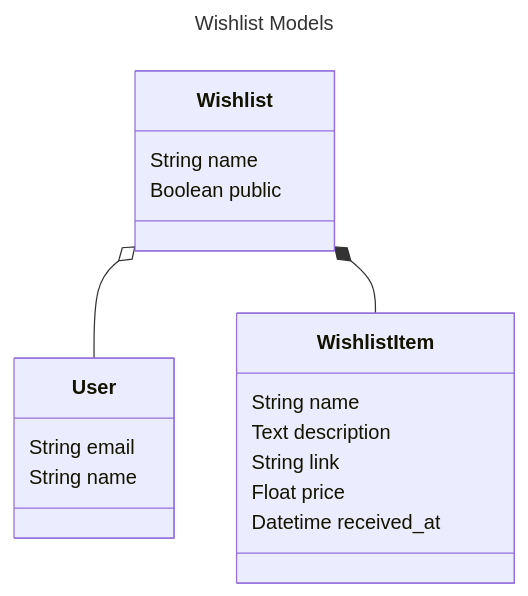
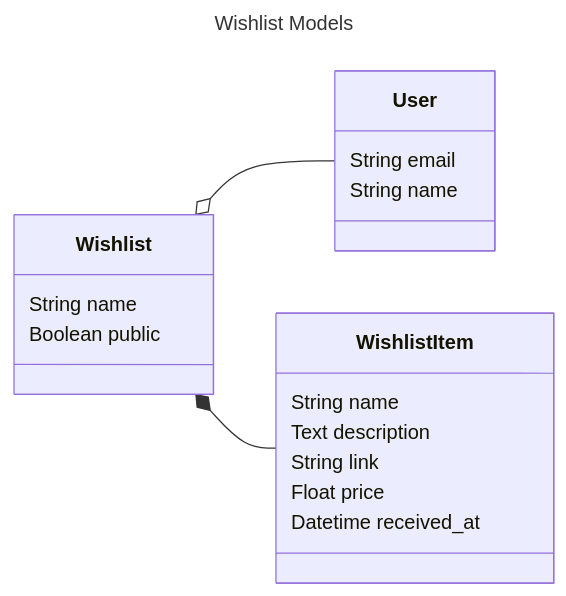
One commit to AnthonyRobertson17/arob changed the diagram in docs/wishlist_models.md. Above: the diagram before and after it, drawn with Mermaid. The commit also changed 2 other files, not shown here.

Commit message:
updating the rest of the docs

````diff
--- a/docs/wishlist_models.md
+++ b/docs/wishlist_models.md
@@ -1,27 +1,28 @@
 ```mermaid
 ---
 title: Wishlist Models
 ---
 classDiagram
+  direction LR
 
   class User {
     String email
     String name
   }
 
   class Wishlist {
     String name
     Boolean public
   }
 
   class WishlistItem {
     String name
     Text description
     String link
     Float price
     Datetime received_at
   }
 
   Wishlist o-- User
   Wishlist *-- WishlistItem
 ```
````
